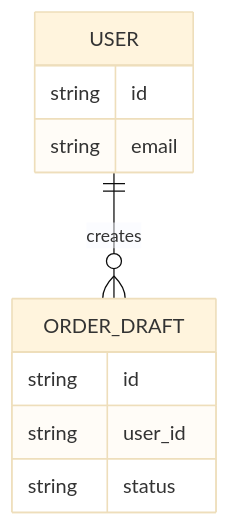
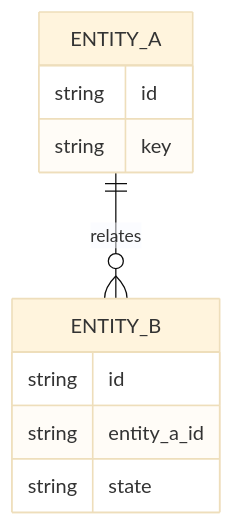
The diagram in .qfai/assistant/skills/qfai-sdd/templates/specs/_policies/05_Contracts.md (aganesy/QFAI), drawn with Mermaid (base theme) before and after one commit. The commit also changed 4 other files, not shown here.

````diff
--- a/.qfai/assistant/skills/qfai-sdd/templates/specs/_policies/05_Contracts.md
+++ b/.qfai/assistant/skills/qfai-sdd/templates/specs/_policies/05_Contracts.md
@@ -56,13 +56,13 @@
 ```mermaid
 erDiagram
-  USER ||--o{ ORDER_DRAFT : creates
-  USER {
+  ENTITY_A ||--o{ ENTITY_B : relates
+  ENTITY_A {
     string id
-    string email
+    string key
   }
-  ORDER_DRAFT {
+  ENTITY_B {
     string id
-    string user_id
-    string status
+    string entity_a_id
+    string state
   }
 ```
````
